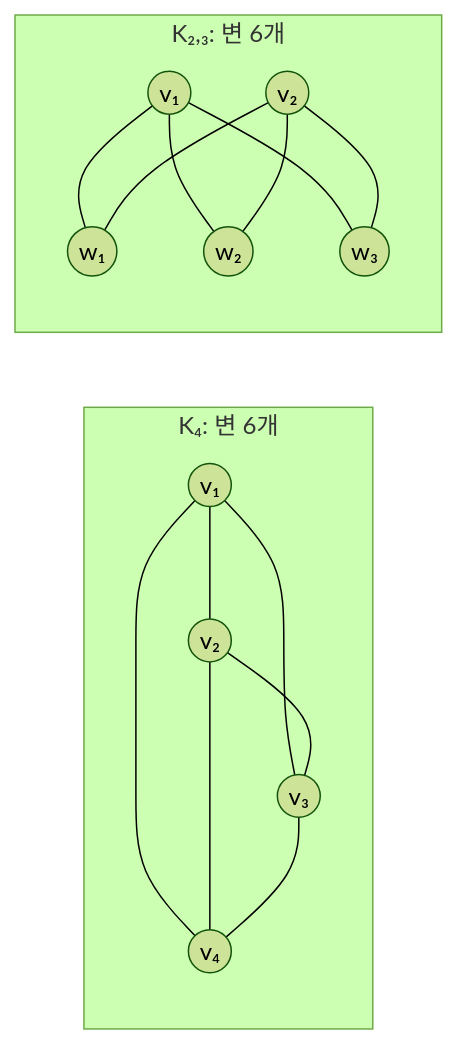
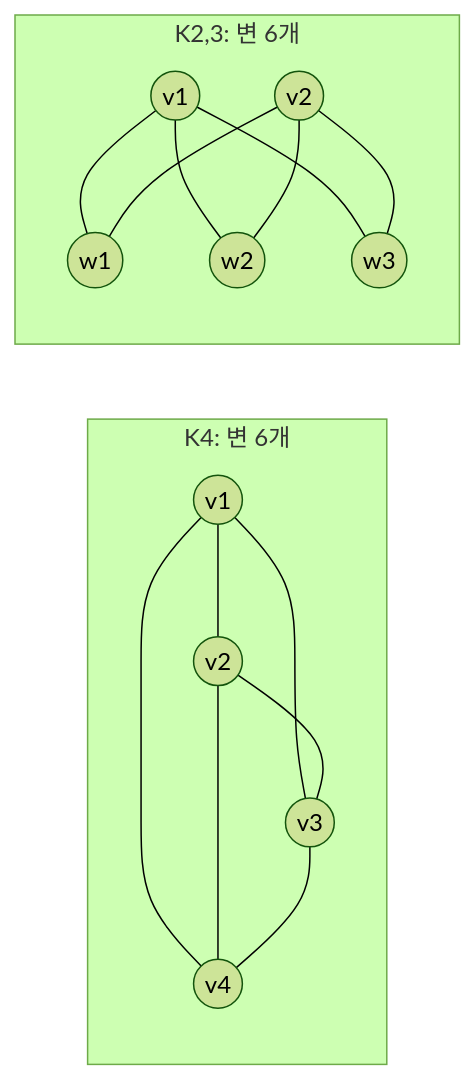
The eighth of 10 diagrams in Lecture-Notes/Ch09_Counting-and-Probability/Concepts_Lecture.ko.md (Choroning/25Fall_Discrete-Mathematics), drawn with Mermaid (forest theme) before and after one commit. The commit also changed other lines of this file and 37 other files, not shown here.

````diff
--- a/Lecture-Notes/Ch09_Counting-and-Probability/Concepts_Lecture.ko.md
+++ b/Lecture-Notes/Ch09_Counting-and-Probability/Concepts_Lecture.ko.md
@@ -949,19 +951,19 @@
 ```mermaid
 graph LR
-    subgraph K4["K₄: 변 6개"]
-        a1(("v₁")) --- a2(("v₂"))
-        a1 --- a3(("v₃"))
-        a1 --- a4(("v₄"))
+    subgraph K4["K4: 변 6개"]
+        a1(("v1")) --- a2(("v2"))
+        a1 --- a3(("v3"))
+        a1 --- a4(("v4"))
         a2 --- a3
         a2 --- a4
         a3 --- a4
     end
-    subgraph K23["K₂,₃: 변 6개"]
-        b1(("v₁")) --- w1(("w₁"))
-        b1 --- w2(("w₂"))
-        b1 --- w3(("w₃"))
-        b2(("v₂")) --- w1
+    subgraph K23["K2,3: 변 6개"]
+        b1(("v1")) --- w1(("w1"))
+        b1 --- w2(("w2"))
+        b1 --- w3(("w3"))
+        b2(("v2")) --- w1
         b2 --- w2
         b2 --- w3
     end
 ```
````
